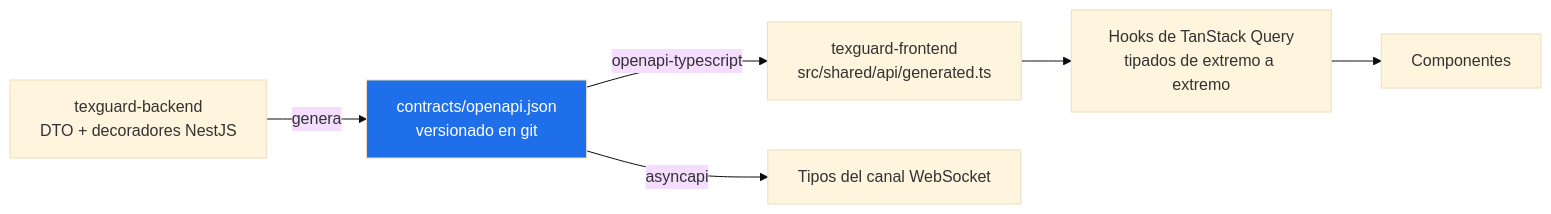
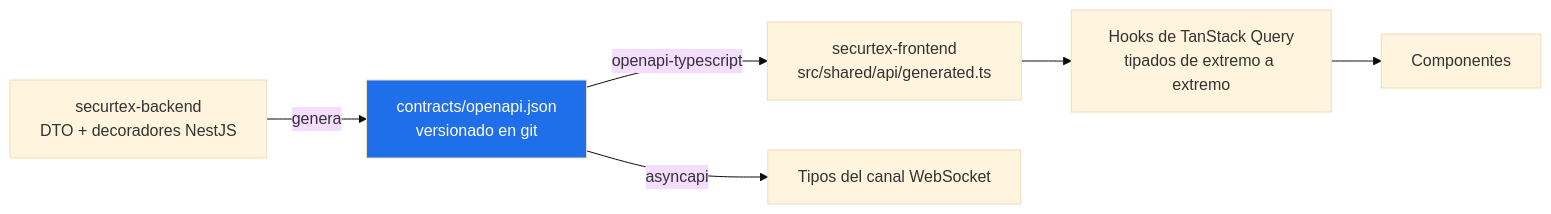
Before and after one commit to SecurTex-Devs/securetex: the first of 2 diagrams in Docs/05-Integracion-con-la-API.md, drawn with Mermaid (base theme). The commit also changed other lines of this file and 22 other files, not shown here.

````diff
--- a/Docs/05-Integracion-con-la-API.md
+++ b/Docs/05-Integracion-con-la-API.md
@@ -11,10 +11,10 @@
 ```mermaid
 graph LR
-    A["texguard-backend<br/>DTO + decoradores NestJS"] -->|genera| B["contracts/openapi.json<br/>versionado en git"]
-    B -->|openapi-typescript| C["texguard-frontend<br/>src/shared/api/generated.ts"]
+    A["securtex-backend<br/>DTO + decoradores NestJS"] -->|genera| B["contracts/openapi.json<br/>versionado en git"]
+    B -->|openapi-typescript| C["securtex-frontend<br/>src/shared/api/generated.ts"]
     C --> D["Hooks de TanStack Query<br/>tipados de extremo a extremo"]
     B -->|asyncapi| E["Tipos del canal WebSocket"]
     D --> F["Componentes"]
 
     style B fill:#1f6feb,color:#fff
 ```
````
